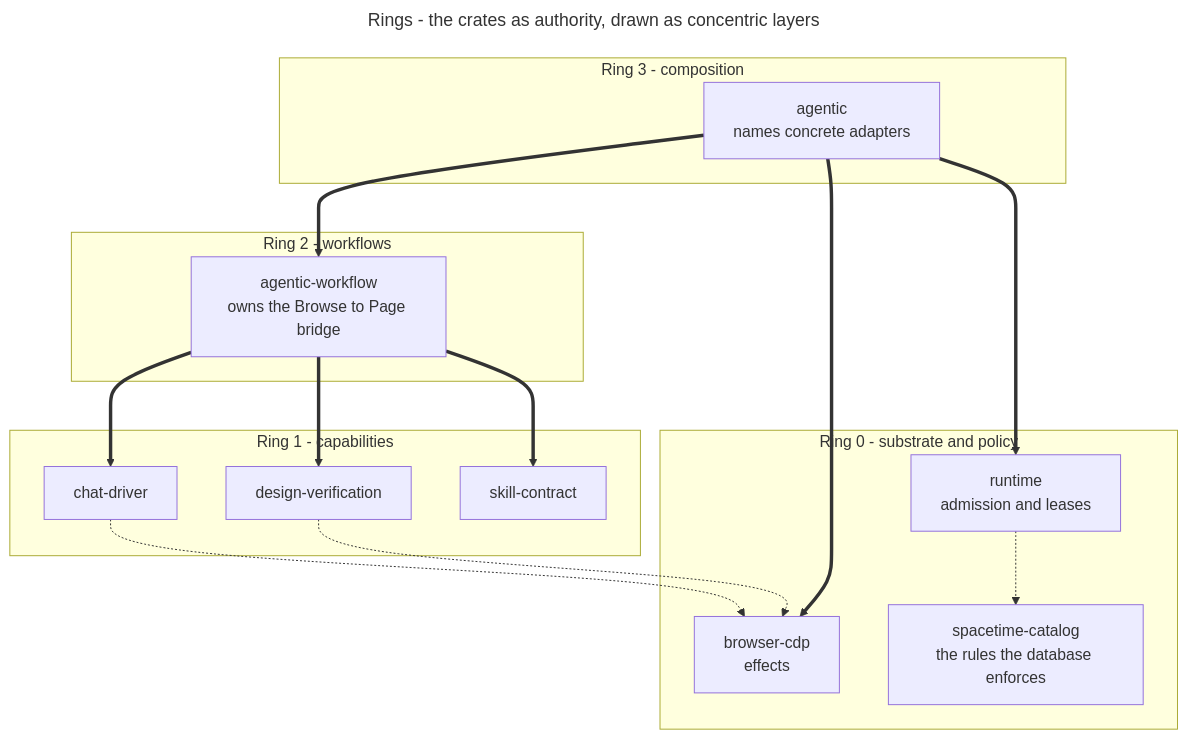
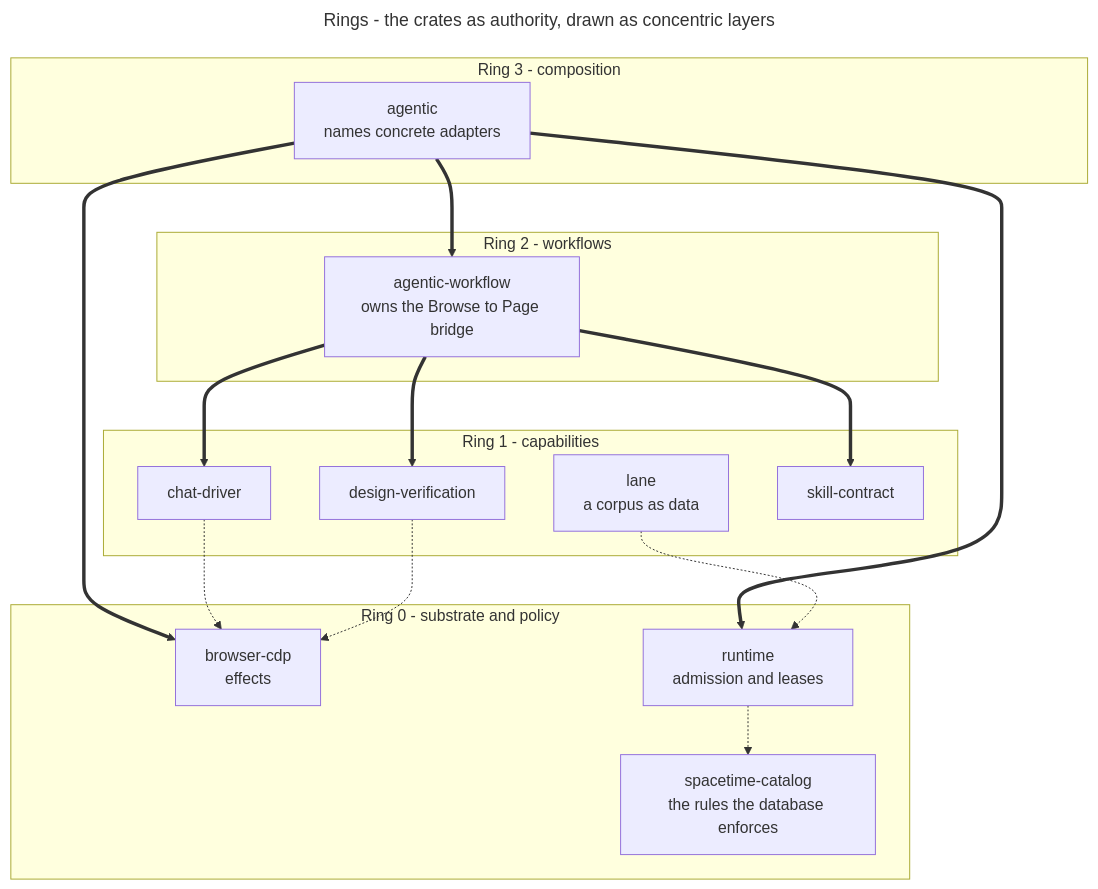
The diagram in Documentation/Diagram/00-rings/ring.mmd (MergedBeastAgito/Agito), drawn with Mermaid before and after one commit. The commit also changed 24 other files, not shown here.

```diff
--- a/Documentation/Diagram/00-rings/ring.mmd
+++ b/Documentation/Diagram/00-rings/ring.mmd
@@ -1,31 +1,33 @@
 ---
 title: Rings - the crates as authority, drawn as concentric layers
 line9:
   theme: boardroom
 ---
 flowchart TD
   subgraph Ring3["Ring 3 - composition"]
     A["agentic<br>names concrete adapters"]:::host
   end
   subgraph Ring2["Ring 2 - workflows"]
     W["agentic-workflow<br>owns the Browse to Page bridge"]:::host
   end
   subgraph Ring1["Ring 1 - capabilities"]
     C["chat-driver"]:::hook
     D["design-verification"]:::hook
+    L["lane<br>a corpus as data"]:::hook
     S["skill-contract"]:::hook
   end
   subgraph Ring0["Ring 0 - substrate and policy"]
     B["browser-cdp<br>effects"]:::host
     R["runtime<br>admission and leases"]:::host
     P["spacetime-catalog<br>the rules the database enforces"]:::store
   end
   A ==> W
   A ==> B
   A ==> R
   W ==> C
   W ==> D
   W ==> S
   C -.-> B
   D -.-> B
+  L -.-> R
   R -.-> P
```
